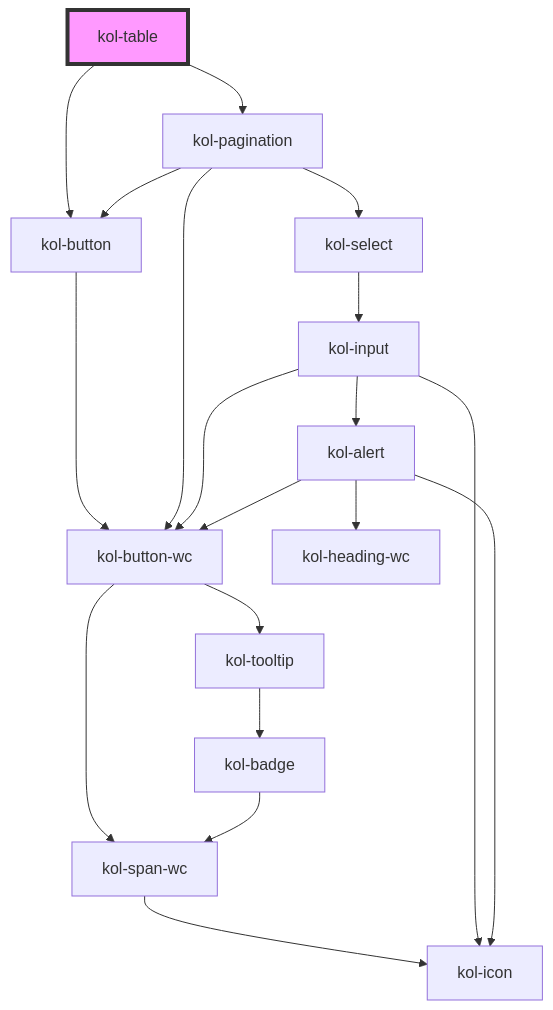
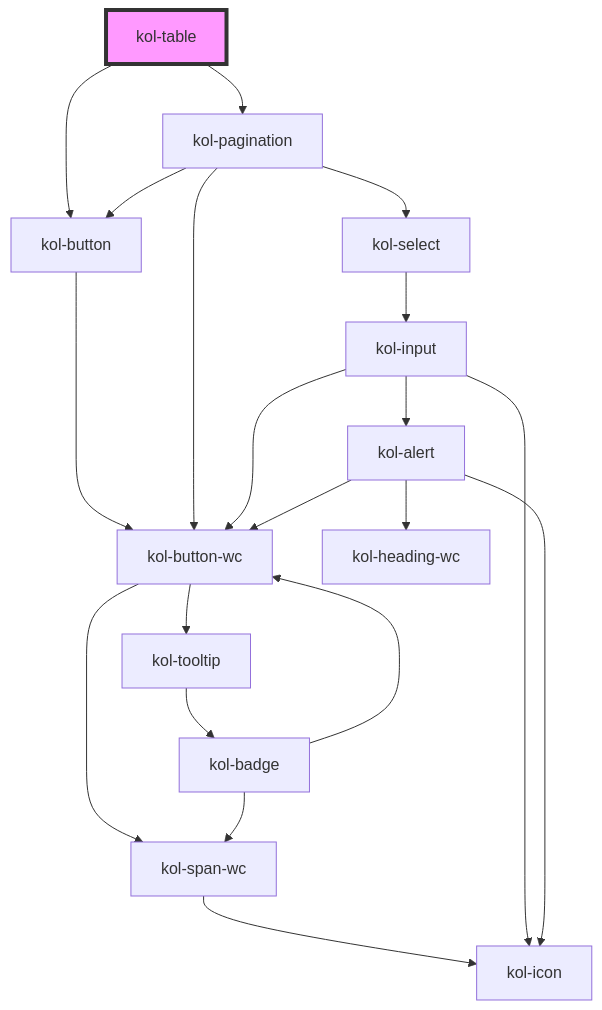
The diagram in packages/library/src/components/table/readme.md (public-ui/kolibri), drawn with Mermaid before and after one commit. The commit also changed 33 other files, not shown here.

````diff
--- a/packages/library/src/components/table/readme.md
+++ b/packages/library/src/components/table/readme.md
@@ -193,22 +193,23 @@
 ```mermaid
 graph TD;
   kol-table --> kol-button
   kol-table --> kol-pagination
   kol-button --> kol-button-wc
   kol-button-wc --> kol-span-wc
   kol-button-wc --> kol-tooltip
   kol-span-wc --> kol-icon
   kol-tooltip --> kol-badge
   kol-badge --> kol-span-wc
+  kol-badge --> kol-button-wc
   kol-pagination --> kol-button
   kol-pagination --> kol-select
   kol-pagination --> kol-button-wc
   kol-select --> kol-input
   kol-input --> kol-icon
   kol-input --> kol-button-wc
   kol-input --> kol-alert
   kol-alert --> kol-heading-wc
   kol-alert --> kol-button-wc
   kol-alert --> kol-icon
   style kol-table fill:#f9f,stroke:#333,stroke-width:4px
 ```
````
